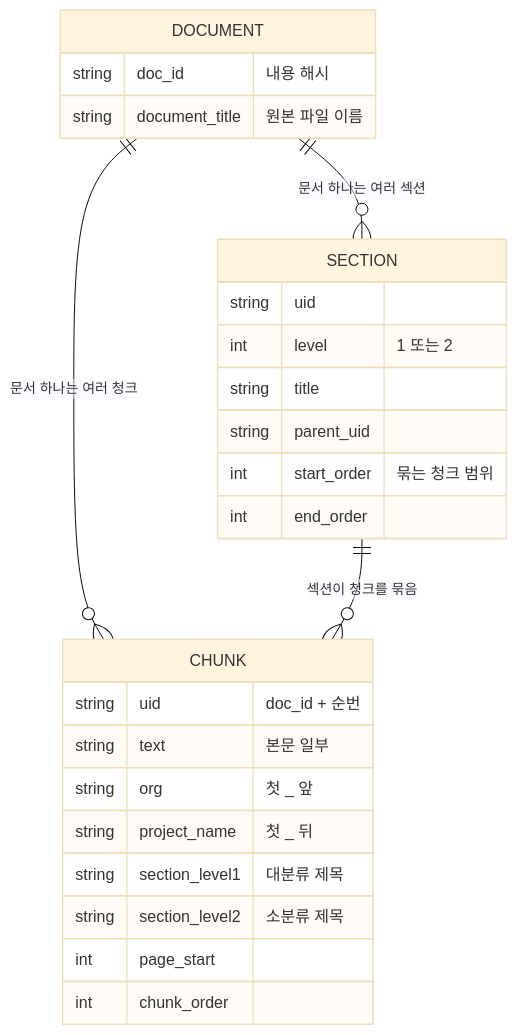
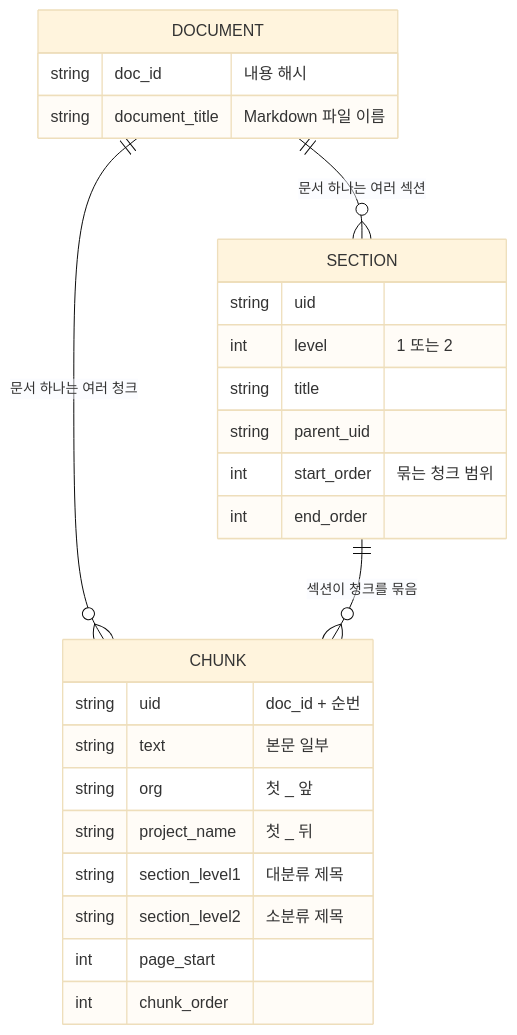
Before and after one commit to adover134/hierarchical-md-rag: the third of 3 diagrams in docs/04_DB구축.md, drawn with Mermaid (base theme). The commit also changed other lines of this file and 5 other files, not shown here.

````diff
--- a/docs/04_DB구축.md
+++ b/docs/04_DB구축.md
@@ -65,29 +65,29 @@
 ```mermaid
 erDiagram
     DOCUMENT ||--o{ CHUNK : "문서 하나는 여러 청크"
     DOCUMENT ||--o{ SECTION : "문서 하나는 여러 섹션"
     SECTION ||--o{ CHUNK : "섹션이 청크를 묶음"
 
     DOCUMENT {
         string doc_id "내용 해시"
-        string document_title "원본 파일 이름"
+        string document_title "Markdown 파일 이름"
     }
     CHUNK {
         string uid "doc_id + 순번"
         string text "본문 일부"
         string org "첫 _ 앞"
         string project_name "첫 _ 뒤"
         string section_level1 "대분류 제목"
         string section_level2 "소분류 제목"
         int page_start
         int chunk_order
     }
     SECTION {
         string uid
         int level "1 또는 2"
         string title
         string parent_uid
         int start_order "묶는 청크 범위"
         int end_order
     }
 ```
````
